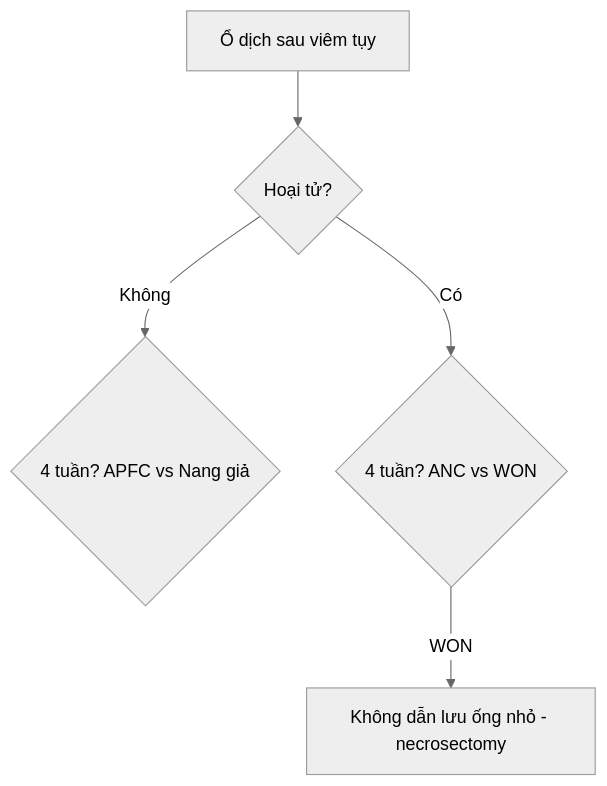
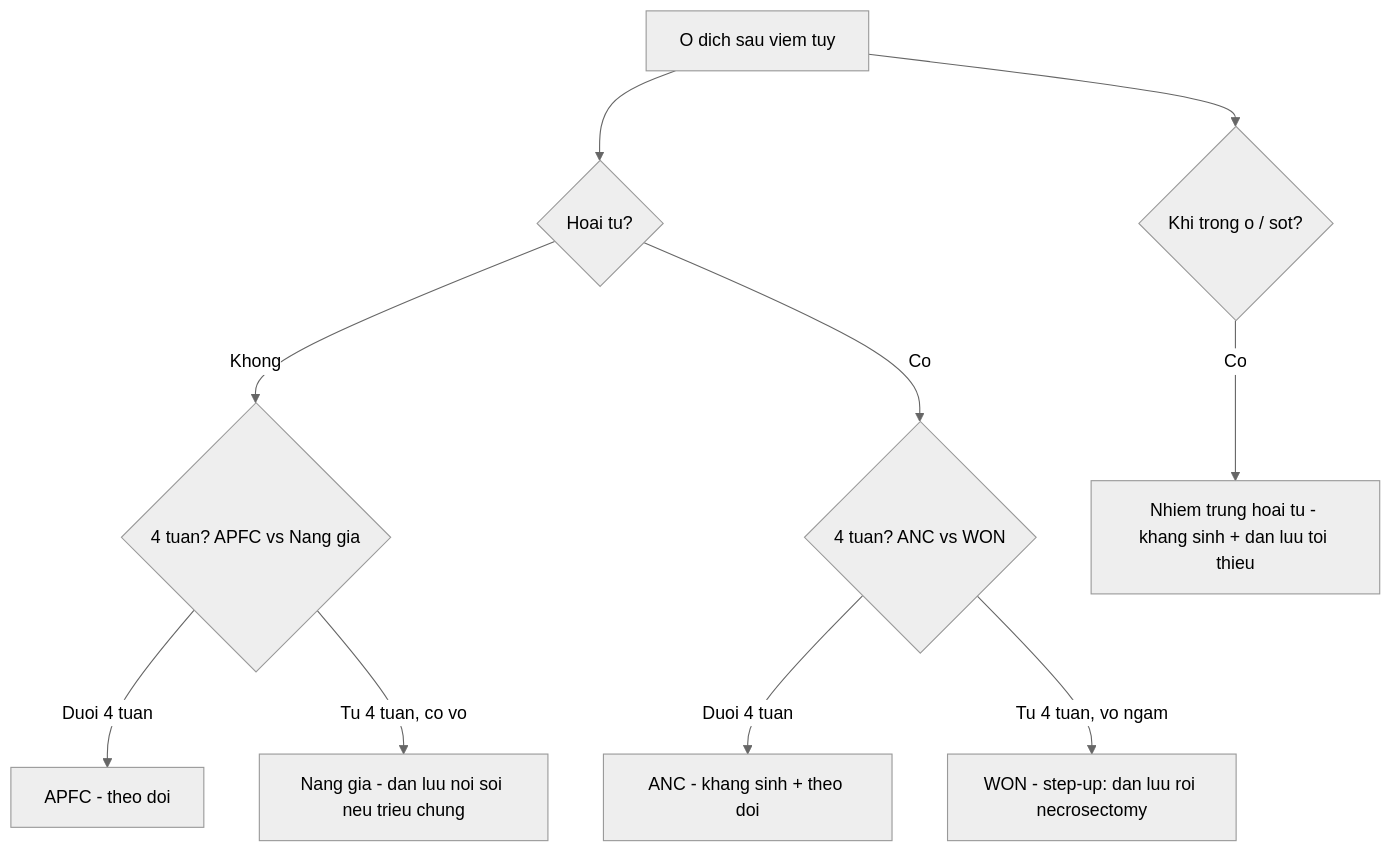
One commit to drthe92/rad changed the diagram in 135-viem-tuy-Atlanta/lesson.md. Above: the diagram before and after it, drawn with Mermaid (neutral theme). The commit also changed other lines of this file and 25 other files, not shown here.

Commit message:
123: nang gan & bệnh gan đa nang (PLD/Caroli/von Meyenburg) — 9 ảnh + composite, quiz ảnh hóa; backfill 135 (viêm tụy Atlanta) +5 ảnh + composite

````diff
--- a/135-viem-tuy-Atlanta/lesson.md
+++ b/135-viem-tuy-Atlanta/lesson.md
@@ -48,7 +71,12 @@
 ```mermaid
 flowchart TD
-  A[Ổ dịch sau viêm tụy] --> B{Hoại tử?}
-  B -->|Không| C{4 tuần? APFC vs Nang giả}
-  B -->|Có| D{4 tuần? ANC vs WON}
-  D -->|WON| E[Không dẫn lưu ống nhỏ - necrosectomy]
+  A[O dich sau viem tuy] --> B{Hoai tu?}
+  B -->|Khong| C{4 tuan? APFC vs Nang gia}
+  B -->|Co| D{4 tuan? ANC vs WON}
+  C -->|Duoi 4 tuan| C1[APFC - theo doi]
+  C -->|Tu 4 tuan, co vo| C2[Nang gia - dan luu noi soi neu trieu chung]
+  D -->|Duoi 4 tuan| D1[ANC - khang sinh + theo doi]
+  D -->|Tu 4 tuan, vo ngam| D2[WON - step-up: dan luu roi necrosectomy]
+  A --> E{Khi trong o / sot?}
+  E -->|Co| F[Nhiem trung hoai tu - khang sinh + dan luu toi thieu]
 ```
````
